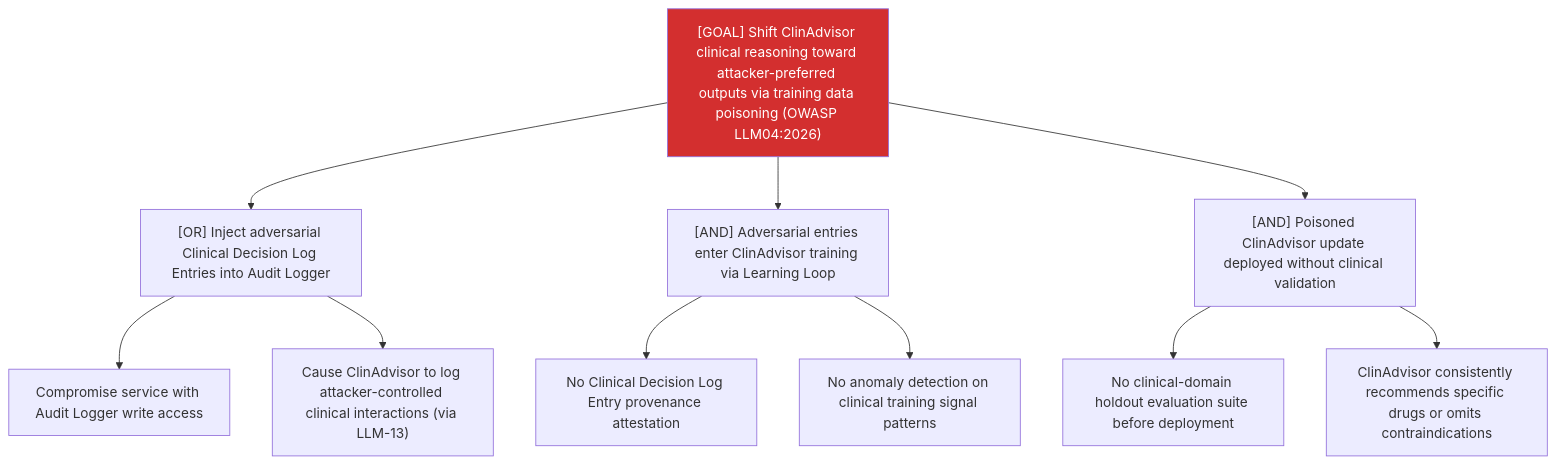
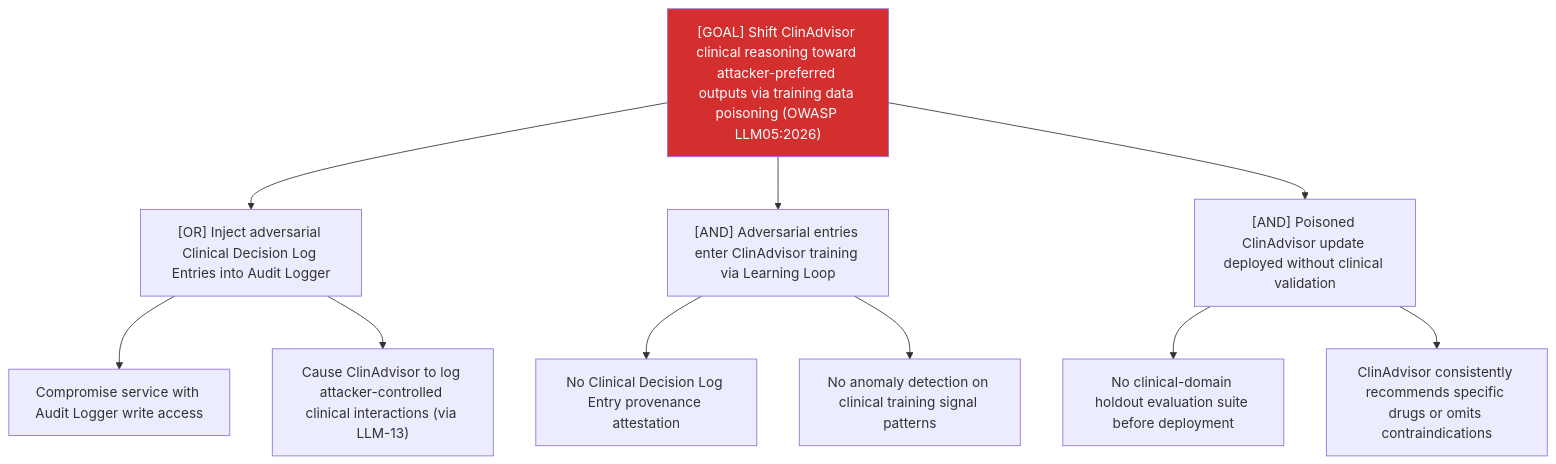
The diagram in examples/agentic-app/sample-report/attack-trees/LLM-14-attack-tree.md (pratik-saptarshi/tachi-rust), drawn with Mermaid before and after one commit. The commit also changed other lines of this file and 7 other files, not shown here.

````diff
--- a/examples/agentic-app/sample-report/attack-trees/LLM-14-attack-tree.md
+++ b/examples/agentic-app/sample-report/attack-trees/LLM-14-attack-tree.md
@@ -7,15 +7,15 @@
 ```mermaid
 graph TD
-    Goal["[GOAL] Shift ClinAdvisor clinical reasoning toward attacker-preferred outputs via training data poisoning (OWASP LLM04:2026)"]
+    Goal["[GOAL] Shift ClinAdvisor clinical reasoning toward attacker-preferred outputs via training data poisoning (OWASP LLM05:2026)"]
     Goal --> A["[OR] Inject adversarial Clinical Decision Log Entries into Audit Logger"]
     A --> A1["Compromise service with Audit Logger write access"]
     A --> A2["Cause ClinAdvisor to log attacker-controlled clinical interactions (via LLM-13)"]
     Goal --> B["[AND] Adversarial entries enter ClinAdvisor training via Learning Loop"]
     B --> B1["No Clinical Decision Log Entry provenance attestation"]
     B --> B2["No anomaly detection on clinical training signal patterns"]
     Goal --> C["[AND] Poisoned ClinAdvisor update deployed without clinical validation"]
     C --> C1["No clinical-domain holdout evaluation suite before deployment"]
     C --> C2["ClinAdvisor consistently recommends specific drugs or omits contraindications"]
     classDef critical fill:#d32f2f,color:#fff
     class Goal critical
 ```
````
